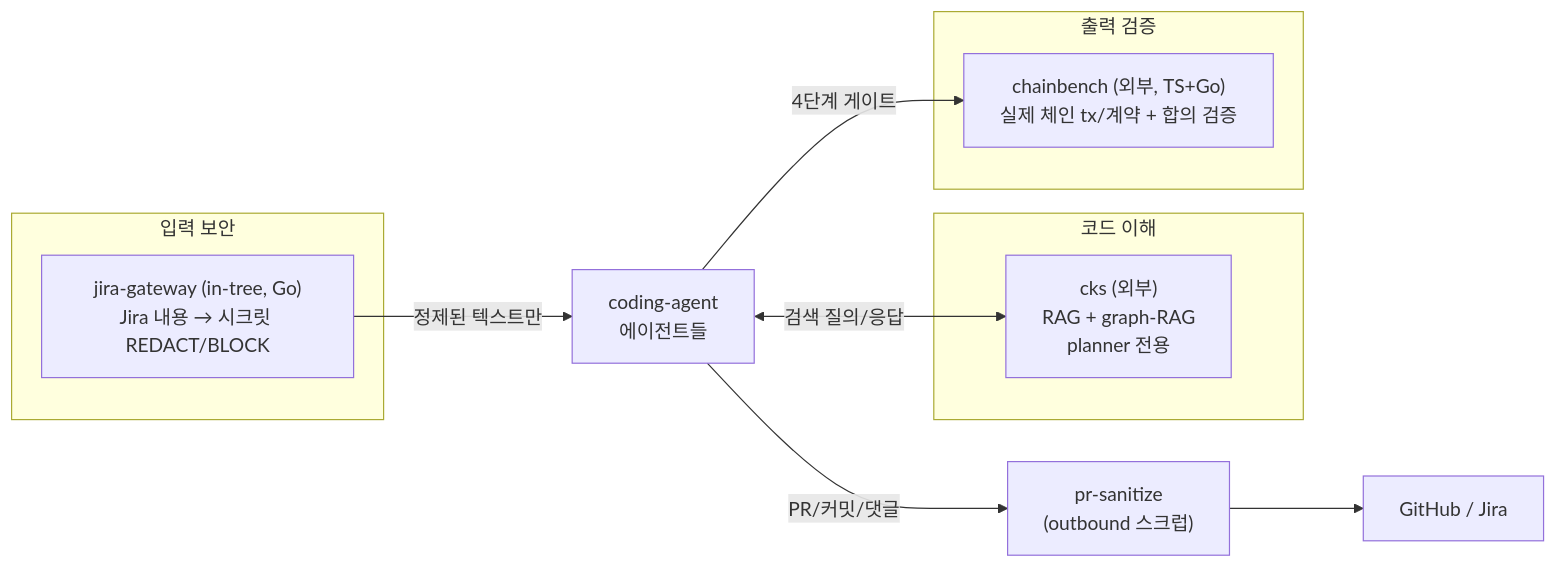
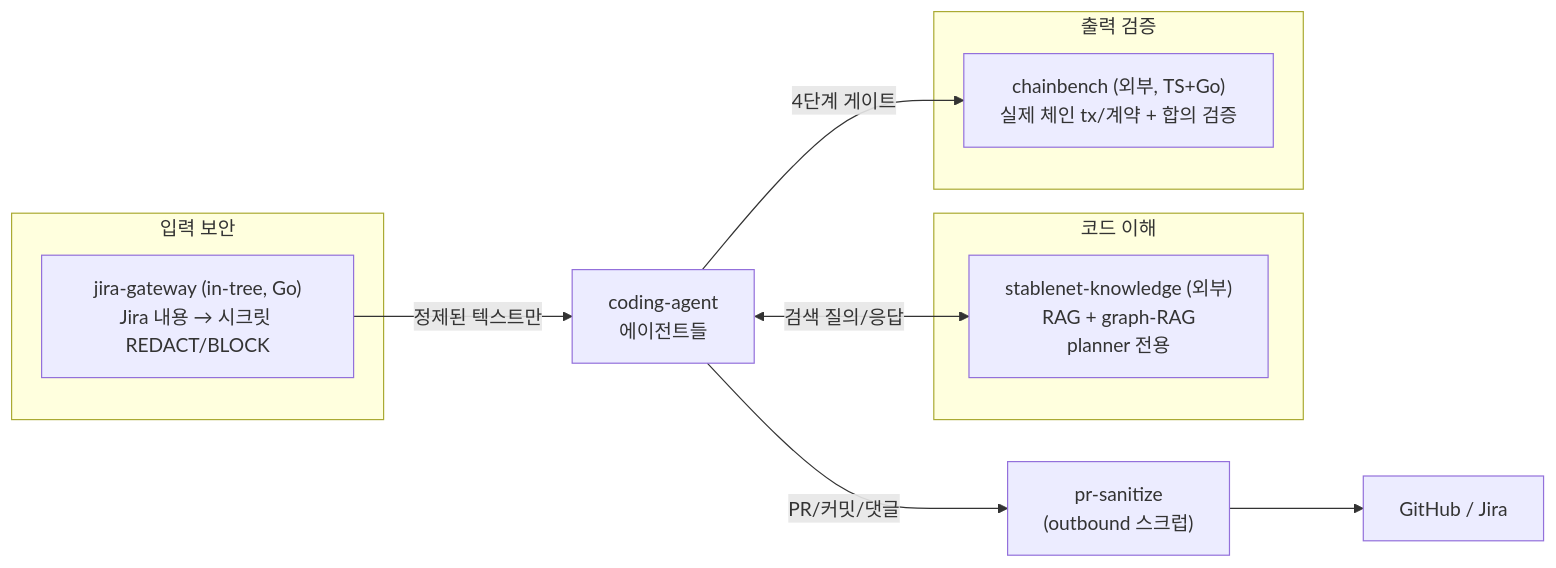
The third of 3 diagrams in docs/OVERVIEW.md (stable-net/stablenet-expert), drawn with Mermaid before and after one commit. The commit also changed other lines of this file and 242 other files, not shown here.

````diff
--- a/docs/OVERVIEW.md
+++ b/docs/OVERVIEW.md
@@ -250,21 +250,21 @@
 ```mermaid
 flowchart LR
     AG["coding-agent<br/>에이전트들"]
 
     subgraph IN["입력 보안"]
         JG["jira-gateway (in-tree, Go)<br/>Jira 내용 → 시크릿 REDACT/BLOCK"]
     end
     subgraph UNDERSTAND["코드 이해"]
-        CKS["cks (외부)<br/>RAG + graph-RAG<br/>planner 전용"]
+        stablenet-knowledge["stablenet-knowledge (외부)<br/>RAG + graph-RAG<br/>planner 전용"]
     end
     subgraph VERIFY["출력 검증"]
         CB["chainbench (외부, TS+Go)<br/>실제 체인 tx/계약 + 합의 검증"]
     end
 
     JG -->|정제된 텍스트만| AG
-    AG <-->|"검색 질의/응답"| CKS
+    AG <-->|"검색 질의/응답"| stablenet-knowledge
     AG -->|"4단계 게이트"| CB
 
     AG -->|"PR/커밋/댓글"| SAN["pr-sanitize<br/>(outbound 스크럽)"]
     SAN --> EXT["GitHub / Jira"]
 ```
````
